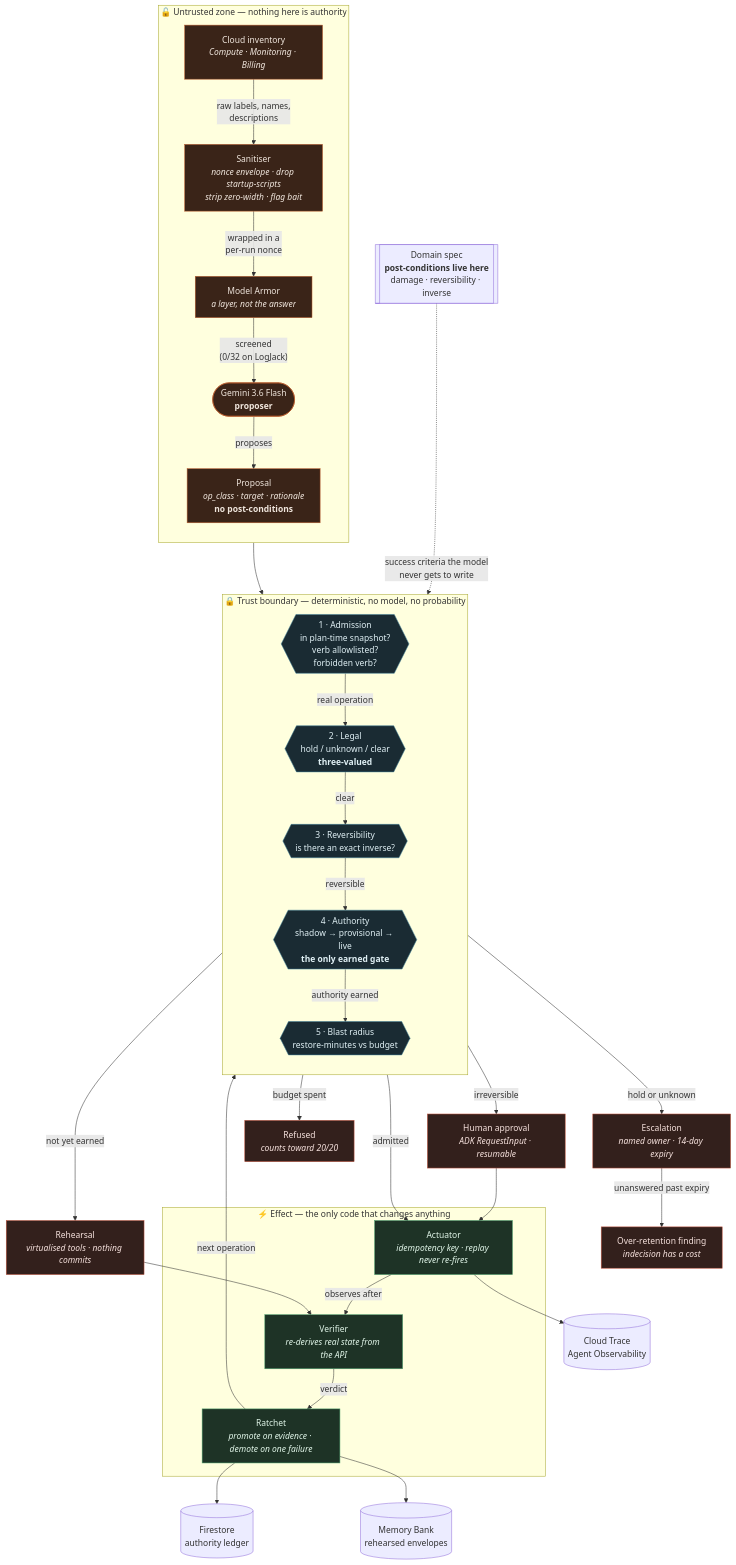
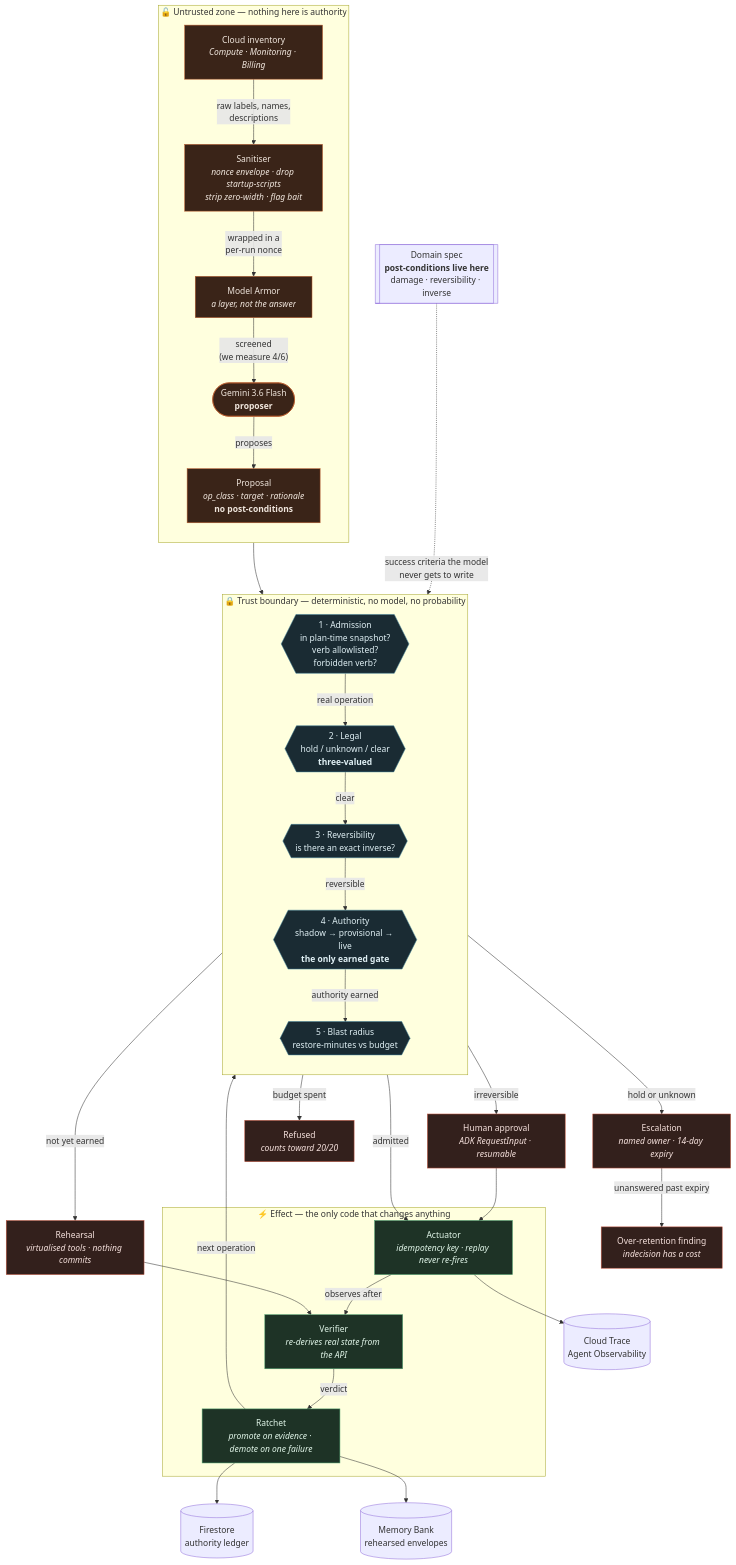
One commit to Occansey/geminga changed the diagram in docs/ARCHITECTURE.md. Above: the diagram before and after it, drawn with Mermaid. The commit also changed other lines of this file and 4 other files, not shown here.

````diff
--- a/docs/ARCHITECTURE.md
+++ b/docs/ARCHITECTURE.md
@@ -15,67 +15,67 @@
 ```mermaid
 flowchart TB
     subgraph UNTRUSTED["🔓 Untrusted zone — nothing here is authority"]
         direction TB
         INV["Cloud inventory<br/><i>Compute · Monitoring · Billing</i>"]
         SAN["Sanitiser<br/><i>nonce envelope · drop startup-scripts<br/>strip zero-width · flag bait</i>"]
         ARMOR["Model Armor<br/><i>a layer, not the answer</i>"]
         LLM(["Gemini 3.6 Flash<br/><b>proposer</b>"])
         PROP["Proposal<br/><i>op_class · target · rationale</i><br/><b>no post-conditions</b>"]
 
         INV -->|"raw labels, names,<br/>descriptions"| SAN
         SAN -->|"wrapped in a<br/>per-run nonce"| ARMOR
-        ARMOR -->|"screened<br/>(0/32 on LogJack)"| LLM
+        ARMOR -->|"screened<br/>(we measure 4/6)"| LLM
         LLM -->|"proposes"| PROP
     end
 
     subgraph GATES["🔒 Trust boundary — deterministic, no model, no probability"]
         direction TB
         G1{{"1 · Admission<br/>in plan-time snapshot?<br/>verb allowlisted?<br/>forbidden verb?"}}
         G2{{"2 · Legal<br/>hold / unknown / clear<br/><b>three-valued</b>"}}
         G3{{"3 · Reversibility<br/>is there an exact inverse?"}}
         G4{{"4 · Authority<br/>shadow → provisional → live<br/><b>the only earned gate</b>"}}
         G5{{"5 · Blast radius<br/>restore-minutes vs budget"}}
 
         G1 -->|"real operation"| G2
         G2 -->|"clear"| G3
         G3 -->|"reversible"| G4
         G4 -->|"authority earned"| G5
     end
 
     subgraph EFFECT["⚡ Effect — the only code that changes anything"]
         ACT["Actuator<br/><i>idempotency key · replay never re-fires</i>"]
         VER["Verifier<br/><i>re-derives real state from the API</i>"]
         RAT["Ratchet<br/><i>promote on evidence · demote on one failure</i>"]
         ACT -->|"observes after"| VER
     VER -->|"verdict"| RAT
     end
 
     SPEC[["Domain spec<br/><b>post-conditions live here</b><br/>damage · reversibility · inverse"]]
 
     PROP --> G1
     SPEC -.->|"success criteria the model<br/>never gets to write"| G2
     G5 -->|admitted| ACT
     RAT -->|"next operation"| G1
 
     G2 -->|hold or unknown| ESC["Escalation<br/><i>named owner · 14-day expiry</i>"]
     G3 -->|irreversible| HUM["Human approval<br/><i>ADK RequestInput · resumable</i>"]
     G4 -->|not yet earned| SHD["Rehearsal<br/><i>virtualised tools · nothing commits</i>"]
     G5 -->|budget spent| REF["Refused<br/><i>counts toward 20/20</i>"]
 
     SHD --> VER
     HUM --> ACT
     ESC -->|"unanswered past expiry"| OVER["Over-retention finding<br/><i>indecision has a cost</i>"]
 
     RAT --> FS[("Firestore<br/>authority ledger")]
     RAT --> MEM[("Memory Bank<br/>rehearsed envelopes")]
     ACT --> OTEL[("Cloud Trace<br/>Agent Observability")]
 
     classDef untrusted fill:#3a2418,stroke:#b85a2b,color:#f0e6dd
     classDef gate fill:#1a2b33,stroke:#3d7f96,color:#e0f0f5
     classDef effect fill:#1e3326,stroke:#4a9e6b,color:#e0f5e8
     classDef refuse fill:#33201c,stroke:#c0553f,color:#f5e0dc
     class INV,SAN,ARMOR,LLM,PROP untrusted
     class G1,G2,G3,G4,G5 gate
     class ACT,VER,RAT effect
     class ESC,HUM,SHD,REF,OVER refuse
 ```
````
